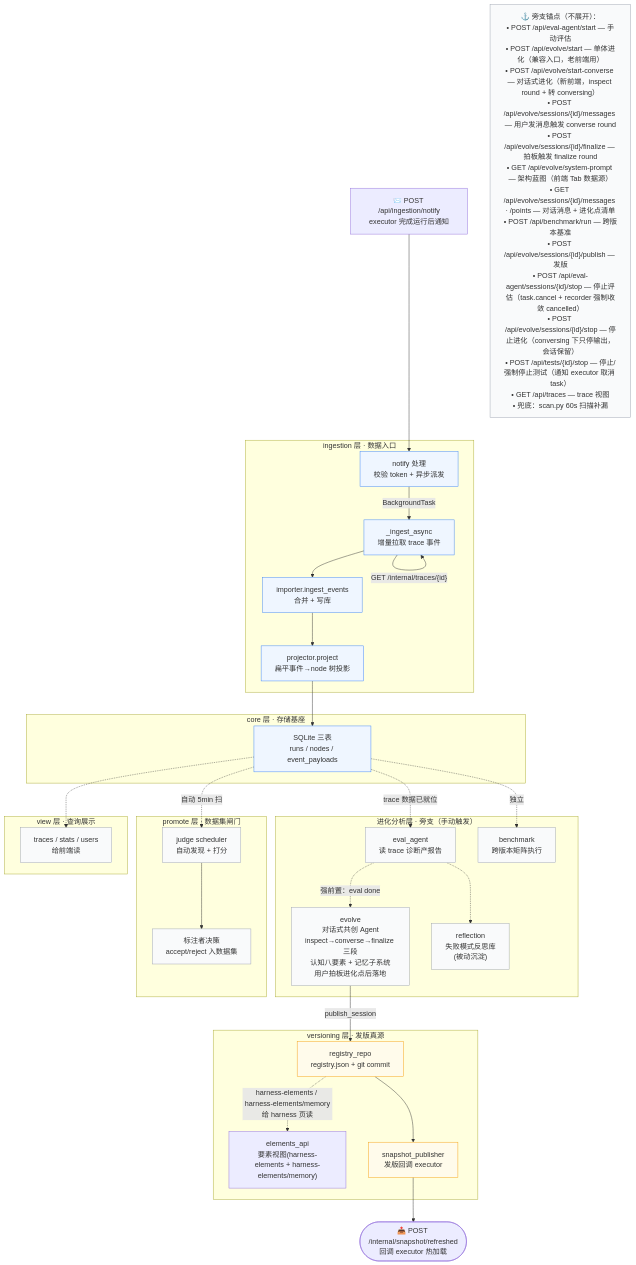
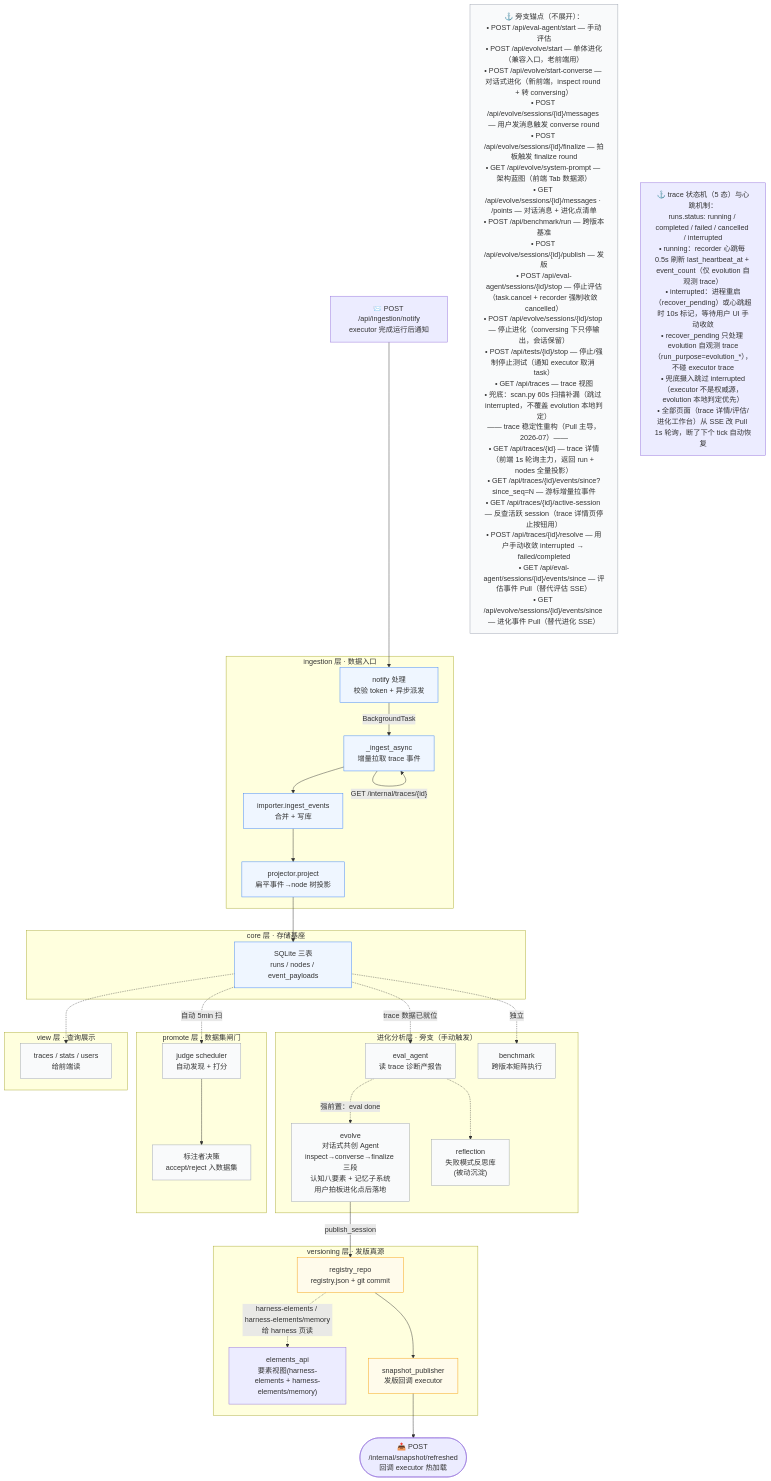
Before and after one commit to gaoshoupaper-code/EvoWriter: the third of 8 diagrams in docs/系统心智模型.md, drawn with Mermaid.

Commit message:
docs: 同步 trace 稳定性重构（Pull 主导 + interrupted 状态机）到心智模型图 3
- Anchor3 补充新接口：events/since（trace/eval/evolve 三套）、active-session、resolve
- 新增 trace 状态机说明：5 态 + 心跳机制 + recover_pending 限定 evolution 自观测
- 兜底摄入跳过 interrupted 的设计说明
- 全页面 Pull 化的总结

````diff
--- a/docs/系统心智模型.md
+++ b/docs/系统心智模型.md
@@ -216,75 +216,78 @@
 ```mermaid
 flowchart TD
     Notify["📨 POST /api/ingestion/notify<br/>executor 完成运行后通知"]
 
     subgraph L_Ingest["ingestion 层 · 数据入口"]
         I1["notify 处理<br/>校验 token + 异步派发"]
         I2["_ingest_async<br/>增量拉取 trace 事件"]
         I3["importer.ingest_events<br/>合并 + 写库"]
         I4["projector.project<br/>扁平事件→node 树投影"]
     end
 
     subgraph L_Core["core 层 · 存储基座"]
         C1["SQLite 三表<br/>runs / nodes / event_payloads"]
     end
 
     subgraph L_Evolve["进化分析层 · 旁支（手动触发）"]
         E1["eval_agent<br/>读 trace 诊断产报告"]
         E2["evolve<br/>对话式共创 Agent<br/>inspect→converse→finalize 三段<br/>认知八要素 + 记忆子系统<br/>用户拍板进化点后落地"]
         E3["benchmark<br/>跨版本矩阵执行"]
         E4["reflection<br/>失败模式反思库<br/>(被动沉淀)"]
     end
 
     subgraph L_Promote["promote 层 · 数据集闸门"]
         PM1["judge scheduler<br/>自动发现 + 打分"]
         PM2["标注者决策<br/>accept/reject 入数据集"]
     end
 
     subgraph L_Version["versioning 层 · 发版真源"]
         V1["registry_repo<br/>registry.json + git commit"]
         V1b["elements_api<br/>要素视图(harness-elements + harness-elements/memory)"]
         V2["snapshot_publisher<br/>发版回调 executor"]
     end
 
     subgraph L_View["view 层 · 查询展示"]
         VW1["traces / stats / users<br/>给前端读"]
     end
 
     Out2(["📤 POST /internal/snapshot/refreshed<br/>回调 executor 热加载"])
 
     %% 主线
     Notify --> I1
     I1 -->|"BackgroundTask"| I2
     I2 -->|"GET /internal/traces/{id}"| I2
     I2 --> I3
     I3 --> I4
     I4 --> C1
 
     %% 进化分析（旁支，从已存数据触发）
     C1 -.->|"trace 数据已就位"| E1
     E1 -.->|"强前置：eval done"| E2
     E1 -.-> E4
     C1 -.->|"独立"| E3
     C1 -.->|"自动 5min 扫"| PM1
     PM1 --> PM2
 
     %% 发版
     E2 -->|"publish_session"| V1
     V1 --> V2
     V2 --> Out2
 
     %% 查询
     C1 -.-> VW1
     V1 -.->|"harness-elements / harness-elements/memory<br/>给 harness 页读"| V1b
 
-    Anchor3["⚓ 旁支锚点（不展开）：<br/>• POST /api/eval-agent/start — 手动评估<br/>• POST /api/evolve/start — 单体进化（兼容入口，老前端用）<br/>• POST /api/evolve/start-converse — 对话式进化（新前端，inspect round + 转 conversing）<br/>• POST /api/evolve/sessions/{id}/messages — 用户发消息触发 converse round<br/>• POST /api/evolve/sessions/{id}/finalize — 拍板触发 finalize round<br/>• GET /api/evolve/system-prompt — 架构蓝图（前端 Tab 数据源）<br/>• GET /api/evolve/sessions/{id}/messages · /points — 对话消息 + 进化点清单<br/>• POST /api/benchmark/run — 跨版本基准<br/>• POST /api/evolve/sessions/{id}/publish — 发版<br/>• POST /api/eval-agent/sessions/{id}/stop — 停止评估（task.cancel + recorder 强制收敛 cancelled）<br/>• POST /api/evolve/sessions/{id}/stop — 停止进化（conversing 下只停输出，会话保留）<br/>• POST /api/tests/{id}/stop — 停止/强制停止测试（通知 executor 取消 task）<br/>• GET /api/traces — trace 视图<br/>• 兜底：scan.py 60s 扫描补漏"]
+    Anchor3["⚓ 旁支锚点（不展开）：<br/>• POST /api/eval-agent/start — 手动评估<br/>• POST /api/evolve/start — 单体进化（兼容入口，老前端用）<br/>• POST /api/evolve/start-converse — 对话式进化（新前端，inspect round + 转 conversing）<br/>• POST /api/evolve/sessions/{id}/messages — 用户发消息触发 converse round<br/>• POST /api/evolve/sessions/{id}/finalize — 拍板触发 finalize round<br/>• GET /api/evolve/system-prompt — 架构蓝图（前端 Tab 数据源）<br/>• GET /api/evolve/sessions/{id}/messages · /points — 对话消息 + 进化点清单<br/>• POST /api/benchmark/run — 跨版本基准<br/>• POST /api/evolve/sessions/{id}/publish — 发版<br/>• POST /api/eval-agent/sessions/{id}/stop — 停止评估（task.cancel + recorder 强制收敛 cancelled）<br/>• POST /api/evolve/sessions/{id}/stop — 停止进化（conversing 下只停输出，会话保留）<br/>• POST /api/tests/{id}/stop — 停止/强制停止测试（通知 executor 取消 task）<br/>• GET /api/traces — trace 视图<br/>• 兜底：scan.py 60s 扫描补漏（跳过 interrupted，不覆盖 evolution 本地判定）<br/>—— trace 稳定性重构（Pull 主导，2026-07）——<br/>• GET /api/traces/{id} — trace 详情（前端 1s 轮询主力，返回 run + nodes 全量投影）<br/>• GET /api/traces/{id}/events/since?since_seq=N — 游标增量拉事件<br/>• GET /api/traces/{id}/active-session — 反查活跃 session（trace 详情页停止按钮用）<br/>• POST /api/traces/{id}/resolve — 用户手动收敛 interrupted → failed/completed<br/>• GET /api/eval-agent/sessions/{id}/events/since — 评估事件 Pull（替代评估 SSE）<br/>• GET /api/evolve/sessions/{id}/events/since — 进化事件 Pull（替代进化 SSE）"]
+
+    %% trace 稳定性重构（2026-07）：状态机 + 心跳
+    Anchor3HB["⚓ trace 状态机（5 态）与心跳机制：<br/>runs.status: running / completed / failed / cancelled / interrupted<br/>• running：recorder 心跳每 0.5s 刷新 last_heartbeat_at + event_count（仅 evolution 自观测 trace）<br/>• interrupted：进程重启（recover_pending）或心跳超时 10s 标记，等待用户 UI 手动收敛<br/>• recover_pending 只处理 evolution 自观测 trace（run_purpose=evolution_*），不碰 executor trace<br/>• 兜底摄入跳过 interrupted（executor 不是权威源，evolution 本地判定优先）<br/>• 全部页面（trace 详情/评估/进化工作台）从 SSE 改 Pull 1s 轮询，断了下个 tick 自动恢复"]
 
     classDef main fill:#eff6ff,stroke:#3b82f6
     classDef side fill:#f9fafb,stroke:#9ca3af
     classDef ver fill:#fffbeb,stroke:#f59e0b
 
     class I1,I2,I3,I4,C1 main
     class E1,E2,E3,E4,PM1,PM2,VW1 side
     class V1,V2 ver
     class Anchor3 side
 ```
````
